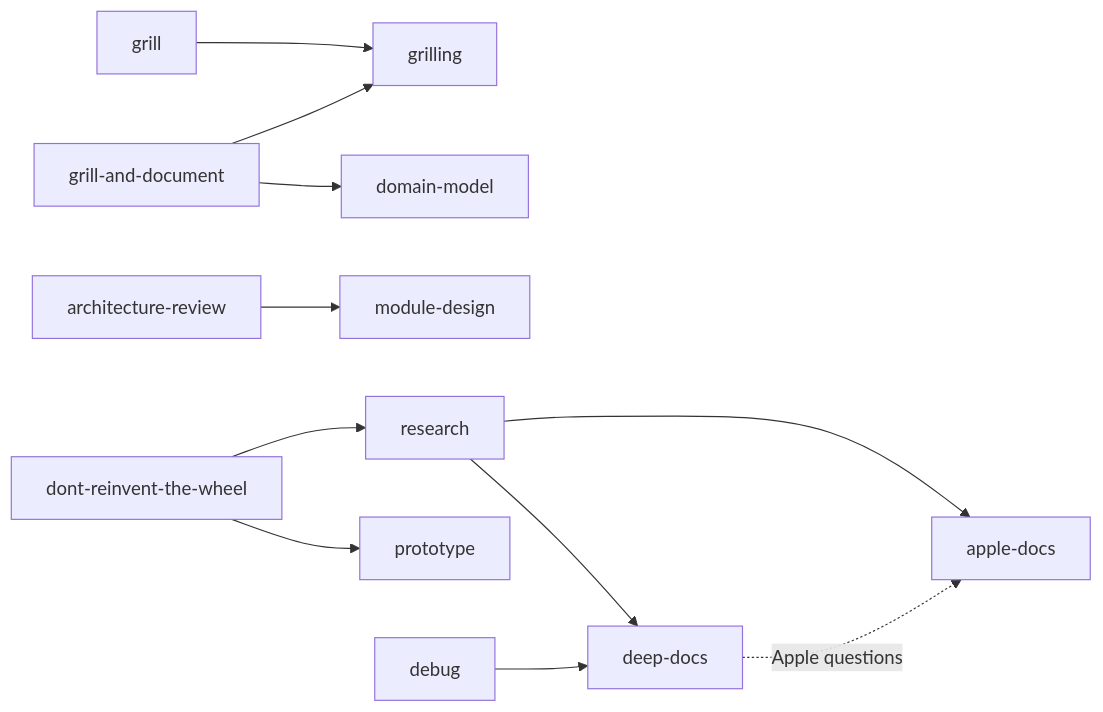
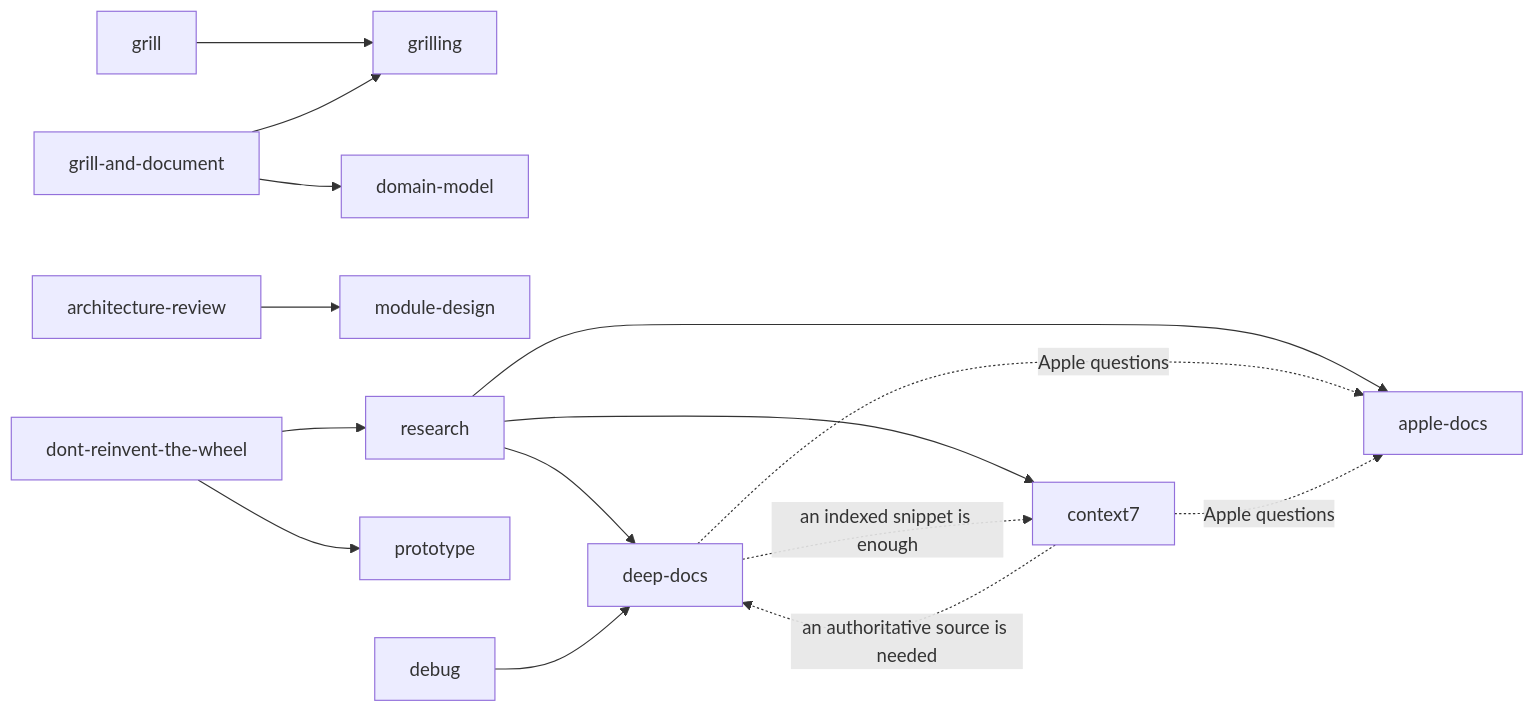
One commit to martonpaulo/skills changed the diagram in README.md. Above: the diagram before and after it, drawn with Mermaid. The commit also changed other lines of this file and 9 other files, not shown here.

First line of the commit message:
feat: add context7 skill for indexed library documentation

````diff
--- a/README.md
+++ b/README.md
@@ -76,13 +77,17 @@
 ```mermaid
 flowchart LR
   grill --> grilling
   grill-and-document --> grilling
   grill-and-document --> domain-model
   architecture-review --> module-design
   dont-reinvent-the-wheel --> research
   dont-reinvent-the-wheel --> prototype
   research --> apple-docs
   research --> deep-docs
+  research --> context7
   debug --> deep-docs
   deep-docs -.Apple questions.-> apple-docs
+  deep-docs -.an indexed snippet is enough.-> context7
+  context7 -.Apple questions.-> apple-docs
+  context7 -.an authoritative source is needed.-> deep-docs
 ```
````
